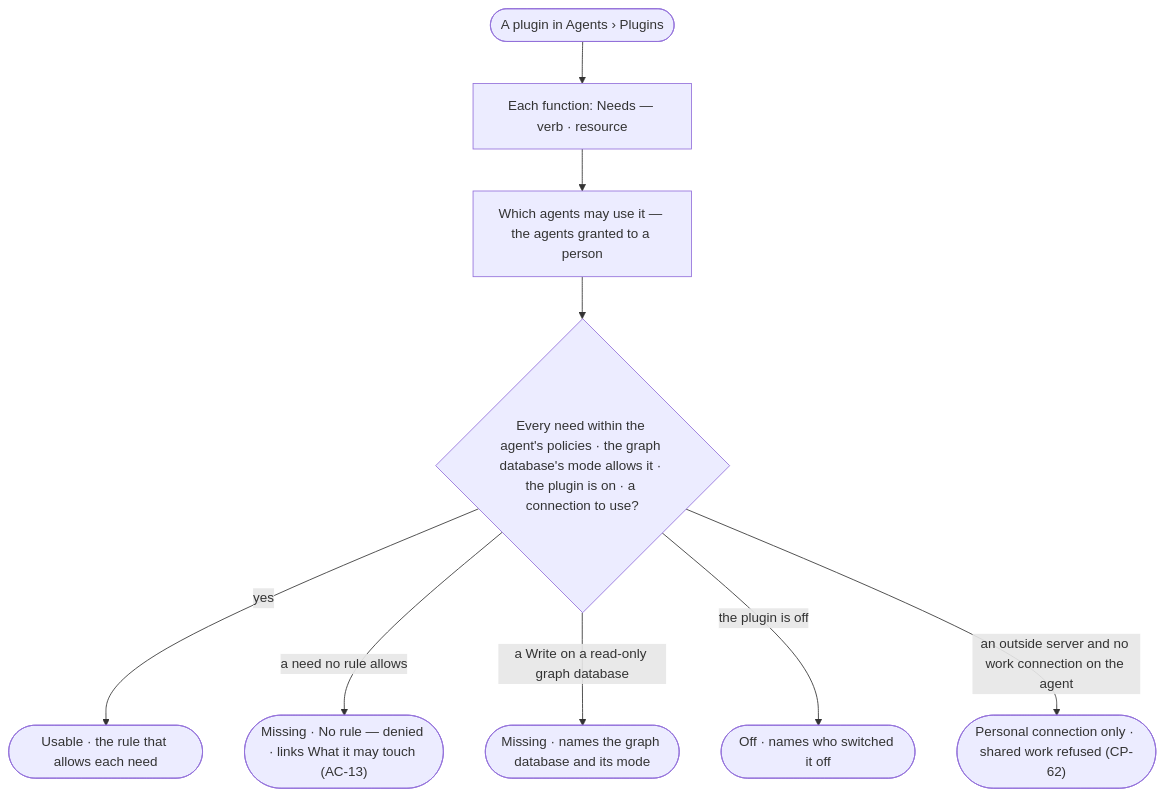
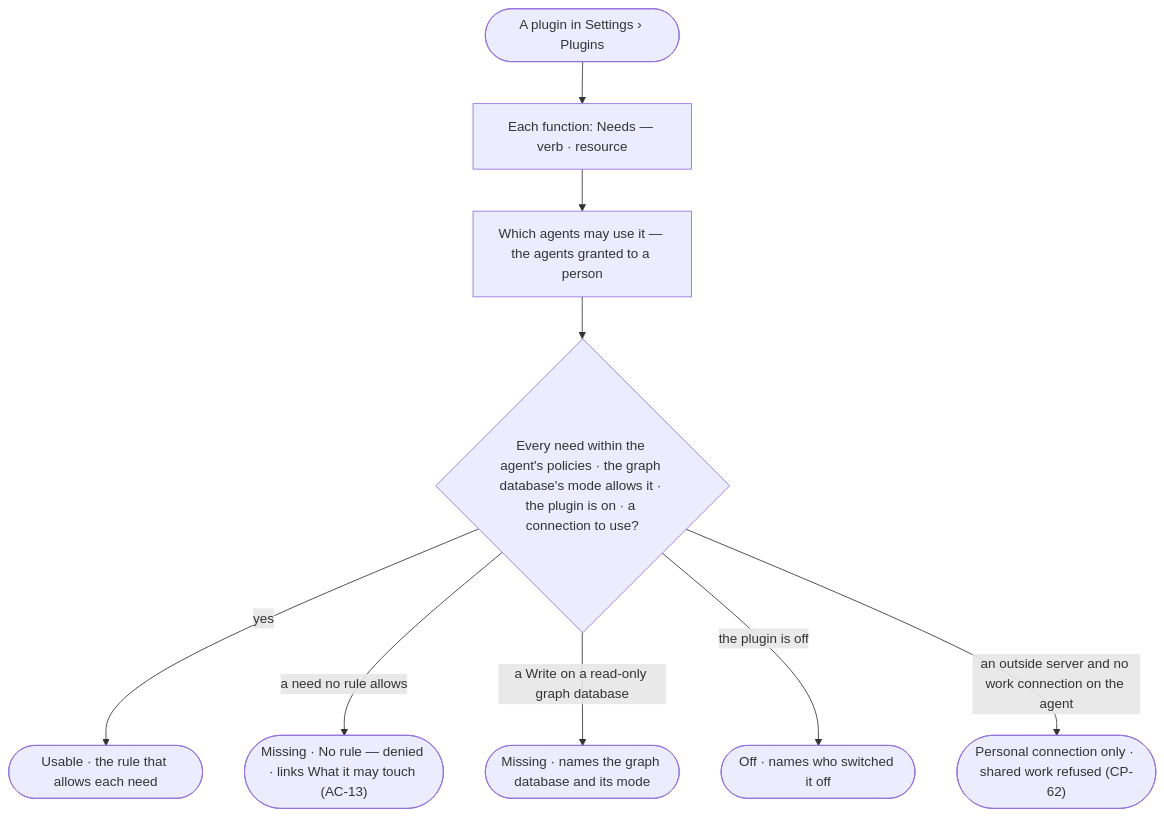
One commit to invana/invana changed the diagram in specs/os/control/features/CP-F02-plugins-and-outside-tools/stories/CP-44-see-what-a-plugin-needs-and-which-agents-may-use-it/story.md. Above: the diagram before and after it, drawn with Mermaid. The commit also changed other lines of this file and 43 other files, not shown here.

First line of the commit message:
docs(specs): Agents mode keeps work; Plugins, Fleet, Workers move to Settings

````diff
--- a/specs/os/control/features/CP-F02-plugins-and-outside-tools/stories/CP-44-see-what-a-plugin-needs-and-which-agents-may-use-it/story.md
+++ b/specs/os/control/features/CP-F02-plugins-and-outside-tools/stories/CP-44-see-what-a-plugin-needs-and-which-agents-may-use-it/story.md
@@ -29,11 +29,11 @@
 ```mermaid
 flowchart TD
-  p([A plugin in Agents › Plugins]) --> f["Each function: Needs — verb · resource"]
+  p([A plugin in Settings › Plugins]) --> f["Each function: Needs — verb · resource"]
   f --> who["Which agents may use it — the agents granted to a person"]
   who --> chk{"Every need within the agent's policies · the graph database's mode allows it · the plugin is on · a connection to use?"}
   chk -->|yes| ok(["Usable · the rule that allows each need"])
   chk -->|a need no rule allows| m1(["Missing · No rule — denied · links What it may touch (AC-13)"])
   chk -->|a Write on a read-only graph database| m2(["Missing · names the graph database and its mode"])
   chk -->|the plugin is off| m3(["Off · names who switched it off"])
   chk -->|an outside server and no work connection on the agent| m4(["Personal connection only · shared work refused (CP-62)"])
 ```
````
